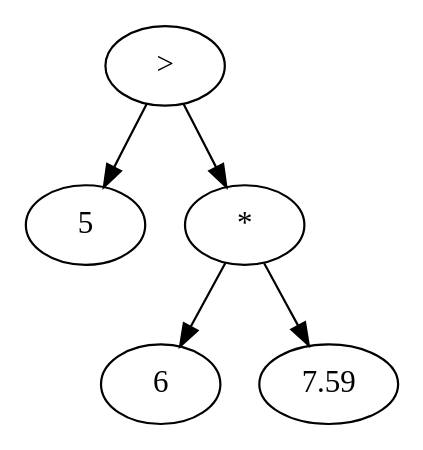
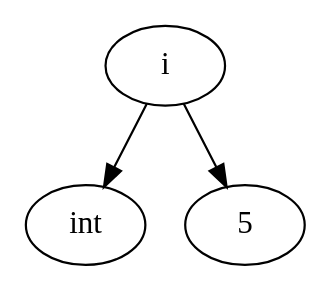
The diagram in output/ast.gv (RobMandelings/CompilersProject), drawn with Graphviz before and after one commit. The commit also changed 14 other files, not shown here.

```diff
--- a/output/ast.gv
+++ b/output/ast.gv
@@ -1,11 +1,7 @@
 digraph "Abstract Syntax Tree" {
-	140255326662912 [label=">"]
-	140255326663728 [label=5]
-	140255326662912 -> 140255326663728
-	140255326664016 [label="*"]
-	140255326662912 -> 140255326664016
-	140255326662960 [label=6]
-	140255326664016 -> 140255326662960
-	140255326663008 [label=7.59]
-	140255326664016 -> 140255326663008
+	140689745935664 [label=i]
+	140689745934848 [label=int]
+	140689745935664 -> 140689745934848
+	140689745935904 [label=5]
+	140689745935664 -> 140689745935904
 }
```
